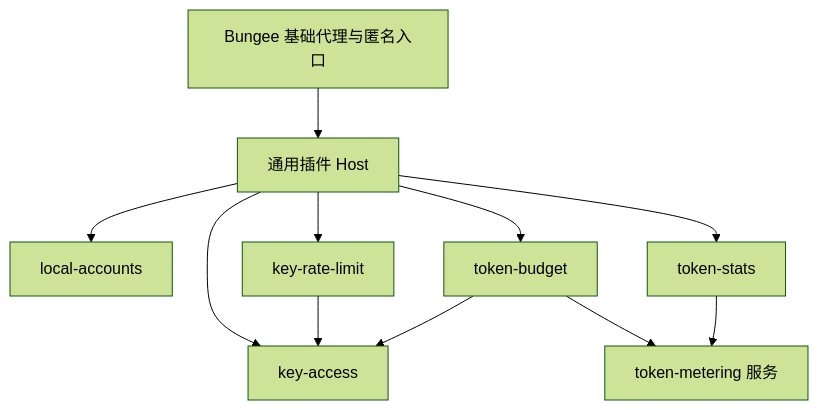
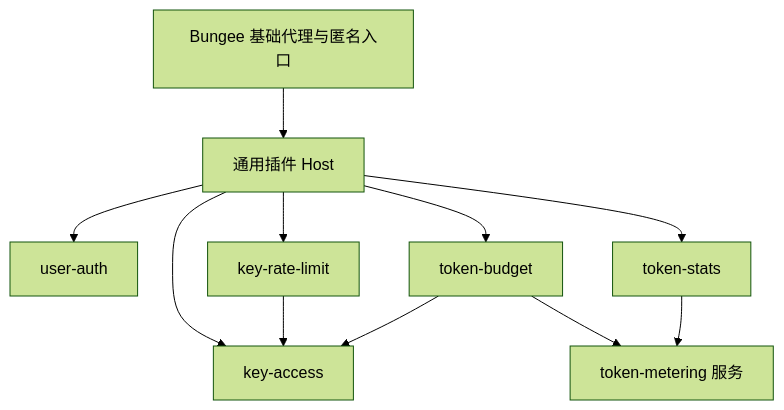
Before and after one commit to jeffusion/bungee: the diagram in docs/architecture/plugins.md, drawn with Mermaid (forest theme). The commit also changed other lines of this file and 265 other files, not shown here.

First line of the commit message:
feat(auth)!: replace local accounts with multi-user authentication

````diff
--- a/docs/architecture/plugins.md
+++ b/docs/architecture/plugins.md
@@ -52,13 +52,13 @@
 ```mermaid
 flowchart TD
     B[Bungee 基础代理与匿名入口] --> H[通用插件 Host]
-    H --> A[local-accounts]
+    H --> A[user-auth]
     H --> K[key-access]
     H --> R[key-rate-limit]
     H --> Q[token-budget]
     H --> T[token-stats]
     R --> K
     Q --> K
     Q --> M[token-metering 服务]
     T --> M
 ```
````
